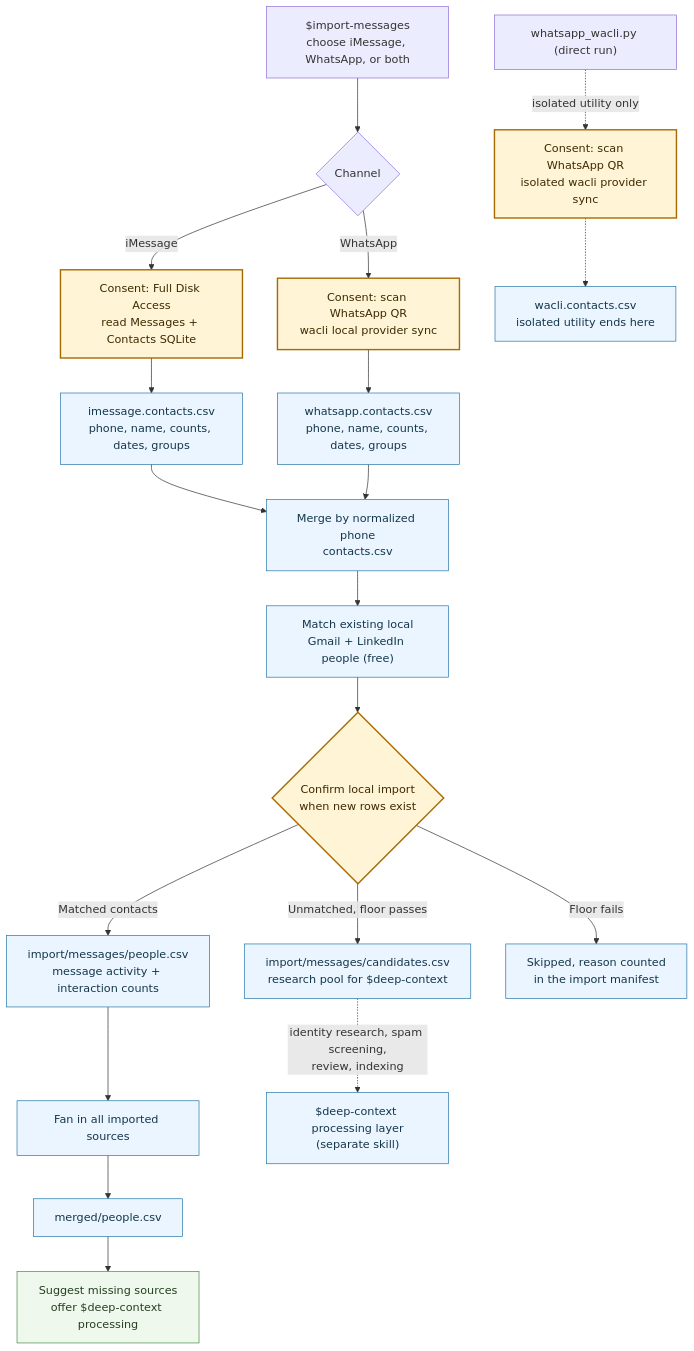
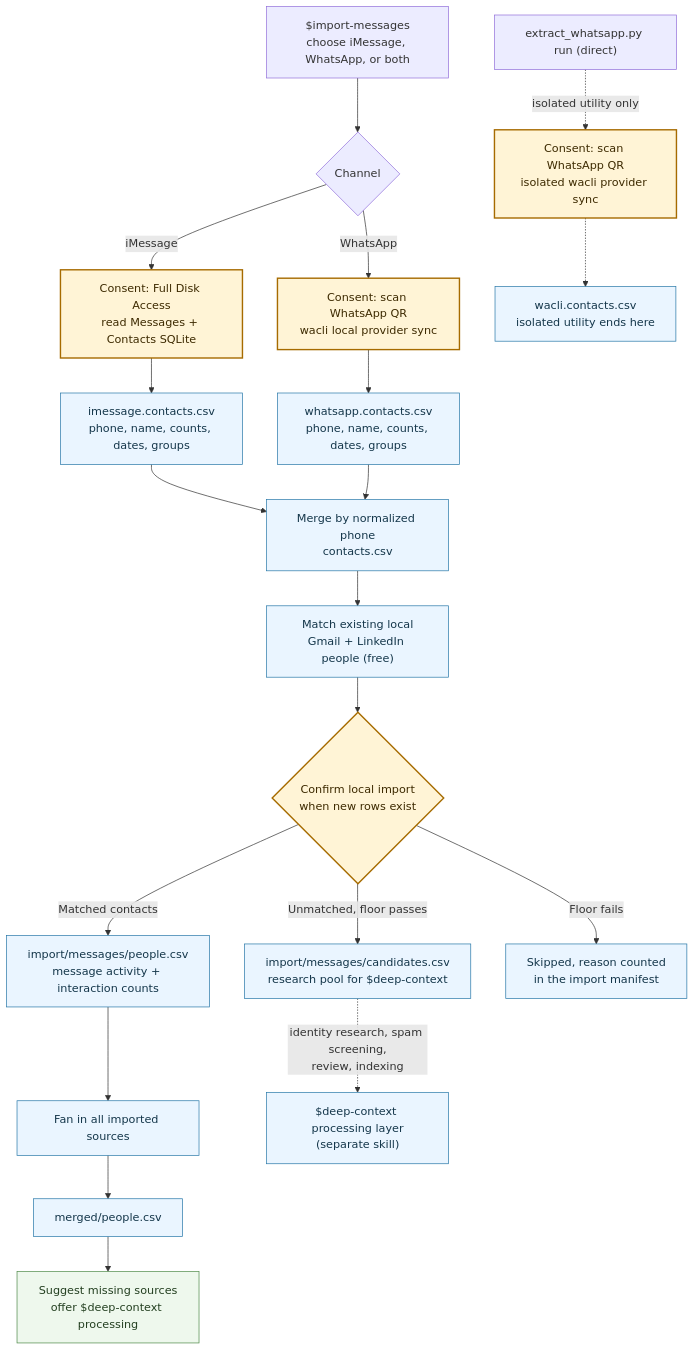
Before and after one commit to powerset-co/powerpacks: the diagram in packs/ingestion/docs/message-import-pipeline.md, drawn with Mermaid. The commit also changed other lines of this file and 25 other files, not shown here.

First line of the commit message:
refactor(ingestion)!: rename discover_engine->extract_gmail; split whatsapp_wacli into extract_whatsapp + wacli client

````diff
--- a/packs/ingestion/docs/message-import-pipeline.md
+++ b/packs/ingestion/docs/message-import-pipeline.md
@@ -60,30 +68,30 @@
 ```mermaid
 flowchart TD
     A["$import-messages<br/>choose iMessage, WhatsApp, or both"] --> B{"Channel"}
     B -->|iMessage| C["Consent: Full Disk Access<br/>read Messages + Contacts SQLite"]
     B -->|WhatsApp| D["Consent: scan WhatsApp QR<br/>wacli local provider sync"]
     C --> E["imessage.contacts.csv<br/>phone, name, counts, dates, groups"]
     D --> F["whatsapp.contacts.csv<br/>phone, name, counts, dates, groups"]
     E --> G["Merge by normalized phone<br/>contacts.csv"]
     F --> G
 
     G --> H["Match existing local<br/>Gmail + LinkedIn people (free)"]
     H --> P{"Confirm local import<br/>when new rows exist"}
     P -->|Matched contacts| Q["import/messages/people.csv<br/>message activity + interaction counts"]
     P -->|Unmatched, floor passes| Q1["import/messages/candidates.csv<br/>research pool for $deep-context"]
     P -->|Floor fails| Q2["Skipped, reason counted<br/>in the import manifest"]
 
     Q --> R["Fan in all imported sources"]
     R --> S["merged/people.csv"]
     S --> T["Suggest missing sources<br/>offer $deep-context processing"]
     Q1 -. "identity research, spam screening,<br/>review, indexing" .-> U["$deep-context processing layer<br/>(separate skill)"]
 
-    W["whatsapp_wacli.py (direct run)"] -. "isolated utility only" .-> D0["Consent: scan WhatsApp QR<br/>isolated wacli provider sync"]
+    W["extract_whatsapp.py run (direct)"] -. "isolated utility only" .-> D0["Consent: scan WhatsApp QR<br/>isolated wacli provider sync"]
     D0 -.-> X["wacli.contacts.csv<br/>isolated utility ends here"]
     classDef gate fill:#fff4d6,stroke:#a66b00,color:#3d2a00,stroke-width:2px;
     classDef local fill:#eaf5ff,stroke:#2878a8,color:#14364a;
     classDef output fill:#eef8ed,stroke:#4f8a49,color:#233f20;
     class C,D,D0,P gate;
     class E,F,G,H,Q,Q1,Q2,R,S,U,X local;
     class T output;
 ```
````
